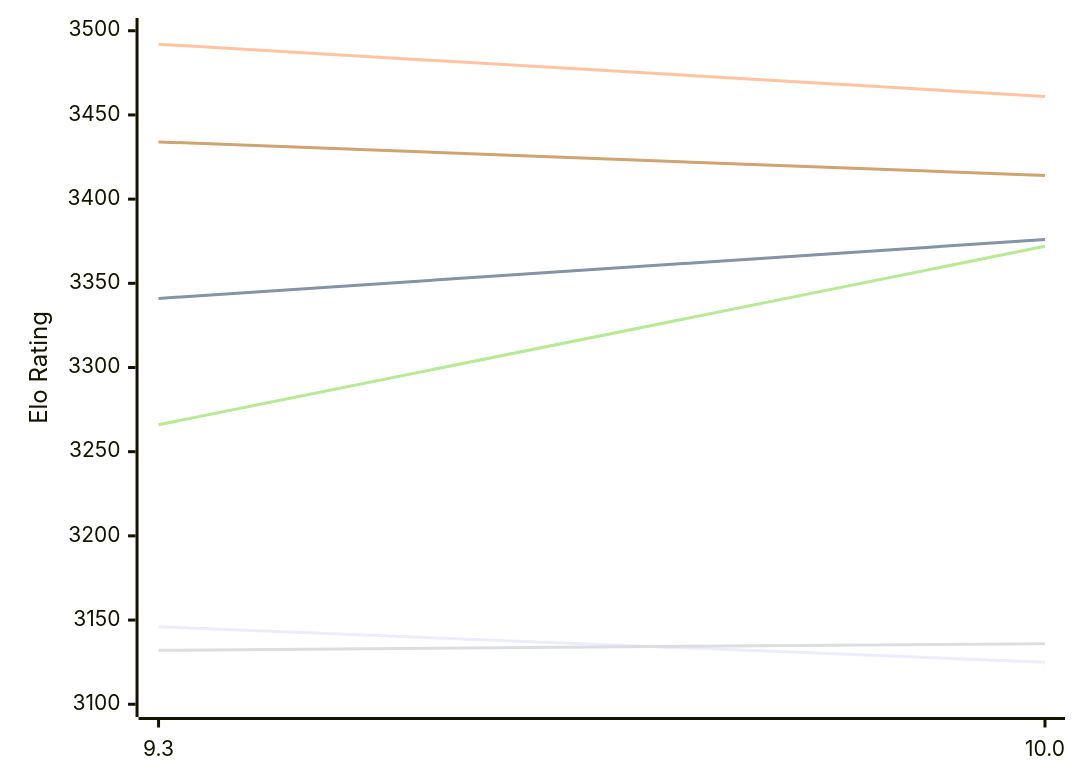
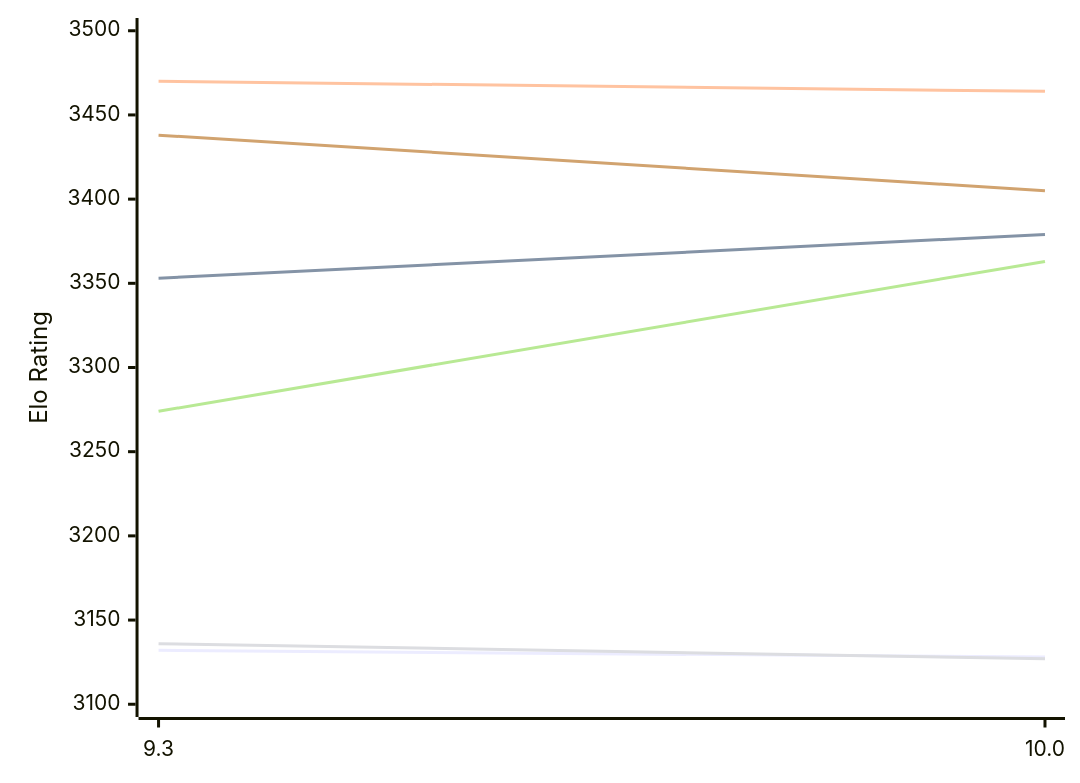
Before and after one commit to computer-chess-index/cci: the first of 2 diagrams in engines/Fire.md, drawn with Mermaid. The commit also changed other lines of this file, not shown here.

Commit message:
Update CCI Ratings (ELO VLTC) - 2026-11-15

````diff
--- a/engines/Fire.md
+++ b/engines/Fire.md
@@ -50,12 +50,12 @@
 ```mermaid
 %%{init: {"theme":"base","themeVariables":{"seriesColors:['#a3a3a3','#222221','#faa371']}}}%%
 xychart-beta
   x-axis ["9.3", "10.0"]
   y-axis "Elo Rating" 3100 --> 3500
-  line "E1: STC (8.0+0.08s)" [3146, 3125]
-  line "E1: LTC (60.0+0.60s)" [3341, 3376]
-  line "E1: VLTC (2m24s+1.12s)" [3492, 3461]
-  line "P1: STC (8.0+0.08s)" [3132, 3136]
-  line "P1: LTC (60.0+0.60s)" [3266, 3372]
-  line "P1: VLTC (2m24s+1.12s)" [3434, 3414]
+  line "E1: STC (8.0+0.08s)" [3132, 3128]
+  line "E1: LTC (60.0+0.60s)" [3353, 3379]
+  line "E1: VLTC (2m24s+1.12s)" [3470, 3464]
+  line "P1: STC (8.0+0.08s)" [3136, 3127]
+  line "P1: LTC (60.0+0.60s)" [3274, 3363]
+  line "P1: VLTC (2m24s+1.12s)" [3438, 3405]
 ```
````
